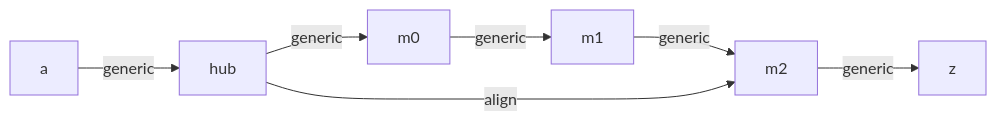
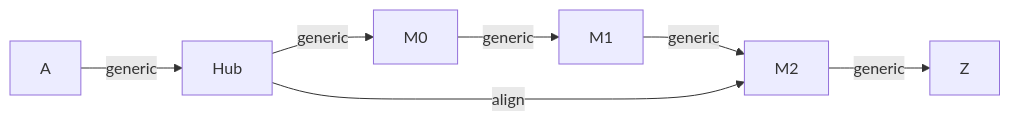
The diagram in examples/topologies/sectionless_skip_over_two_markers.mmd (mashehu/nf-metro), drawn with Mermaid before and after one commit. The commit also changed 3 other files, not shown here.

```diff
--- a/examples/topologies/sectionless_skip_over_two_markers.mmd
+++ b/examples/topologies/sectionless_skip_over_two_markers.mmd
@@ -1,10 +1,10 @@
 %%metro title: Sectionless skip over two markers
 %%metro line: generic | Analysis | #79706E
 %%metro line: align | Alignment | #54A24B
 graph LR
-    a["a"] -->|generic| hub["hub"]
-    hub -->|generic| m0["m0"]
-    m0 -->|generic| m1["m1"]
-    m1 -->|generic| m2["m2"]
-    m2 -->|generic| z["z"]
+    a[A] -->|generic| hub[Hub]
+    hub -->|generic| m0[M0]
+    m0 -->|generic| m1[M1]
+    m1 -->|generic| m2[M2]
+    m2 -->|generic| z[Z]
     hub -->|align| m2
```
